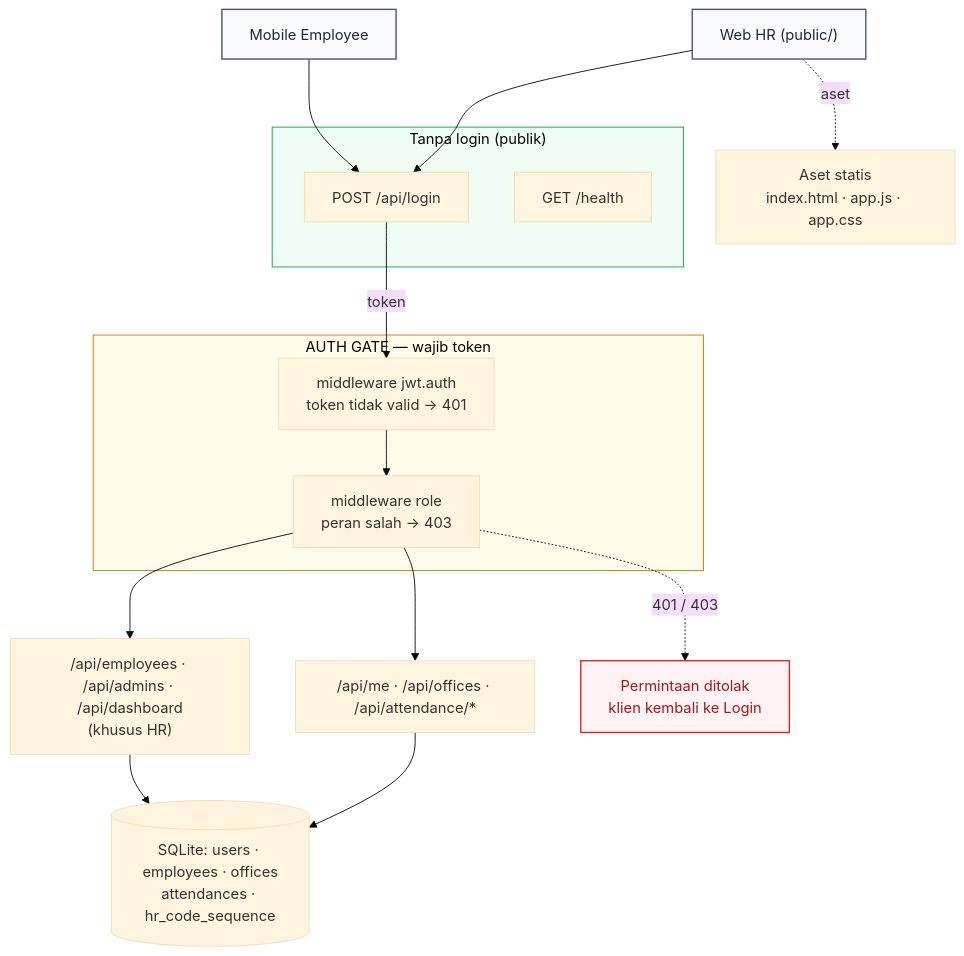
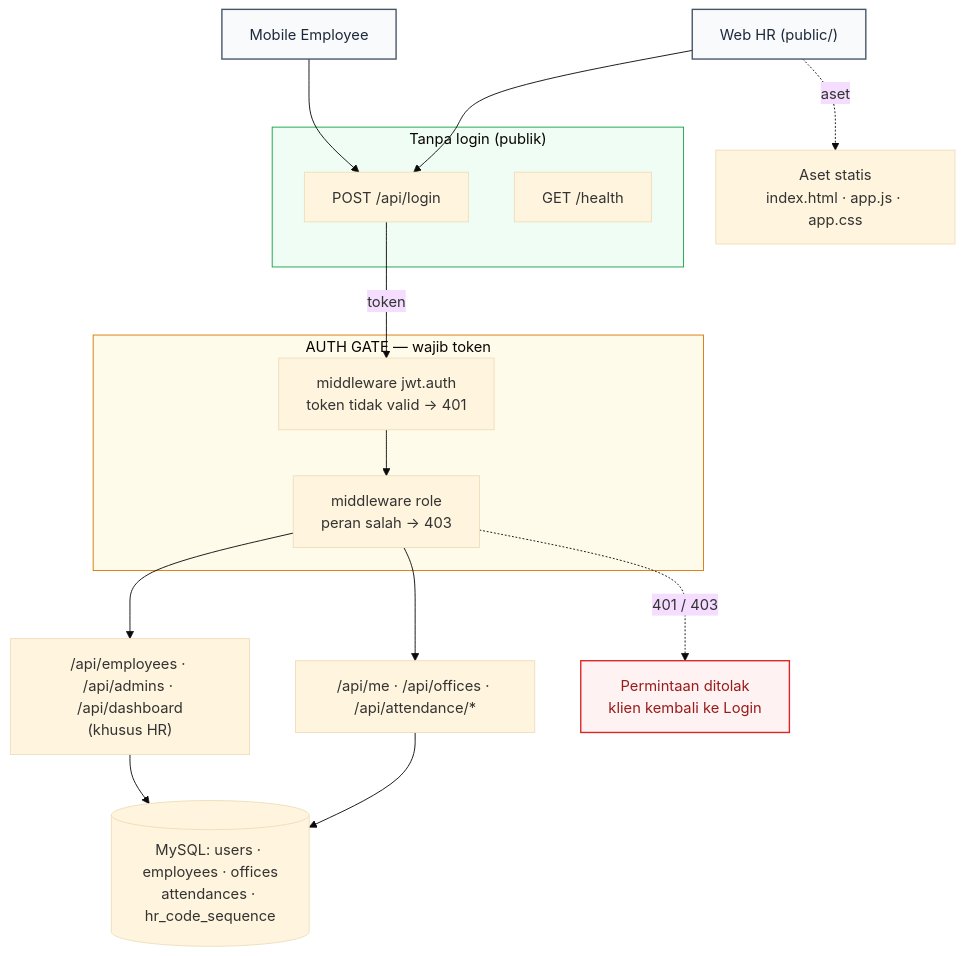
Before and after one commit to faizmarwan2/Project1: the diagram in docs/project-a/01-SRS.md, drawn with Mermaid (base theme). The commit also changed other lines of this file and 20 other files, not shown here.

````diff
--- a/docs/project-a/01-SRS.md
+++ b/docs/project-a/01-SRS.md
@@ -126,40 +126,40 @@
 ```mermaid
 flowchart TB
     WEB["Web HR (public/)"]
     MOB["Mobile Employee"]
 
     subgraph PUB["Tanpa login (publik)"]
         LG["POST /api/login"]
         HC["GET /health"]
     end
 
     ST["Aset statis<br/>index.html · app.js · app.css"]
 
     subgraph GATE["AUTH GATE — wajib token"]
         MW["middleware jwt.auth<br/>token tidak valid → 401"]
         RG["middleware role<br/>peran salah → 403"]
     end
 
     E1["/api/me · /api/offices · /api/attendance/*"]
     E2["/api/employees · /api/admins · /api/dashboard<br/>(khusus HR)"]
-    DB[("SQLite: users · employees · offices<br/>attendances · hr_code_sequence")]
+    DB[("MySQL: users · employees · offices<br/>attendances · hr_code_sequence")]
     DENY["Permintaan ditolak<br/>klien kembali ke Login"]:::err
 
     WEB --> LG
     MOB --> LG
     WEB -. "aset" .-> ST
     LG -- "token" --> MW
     MW --> RG
     RG --> E1
     RG --> E2
     E1 --> DB
     E2 --> DB
     RG -. "401 / 403" .-> DENY
 
     classDef err fill:#fef2f2,stroke:#dc2626,color:#991b1b,stroke-width:1.5px;
     classDef cli fill:#f8fafc,stroke:#475569,color:#1e293b,stroke-width:1.5px;
     class WEB,MOB cli;
     style PUB fill:#f0fdf4,stroke:#16a34a
     style GATE fill:#fffbeb,stroke:#d97706
     style DENY fill:#fef2f2
 ```
````
